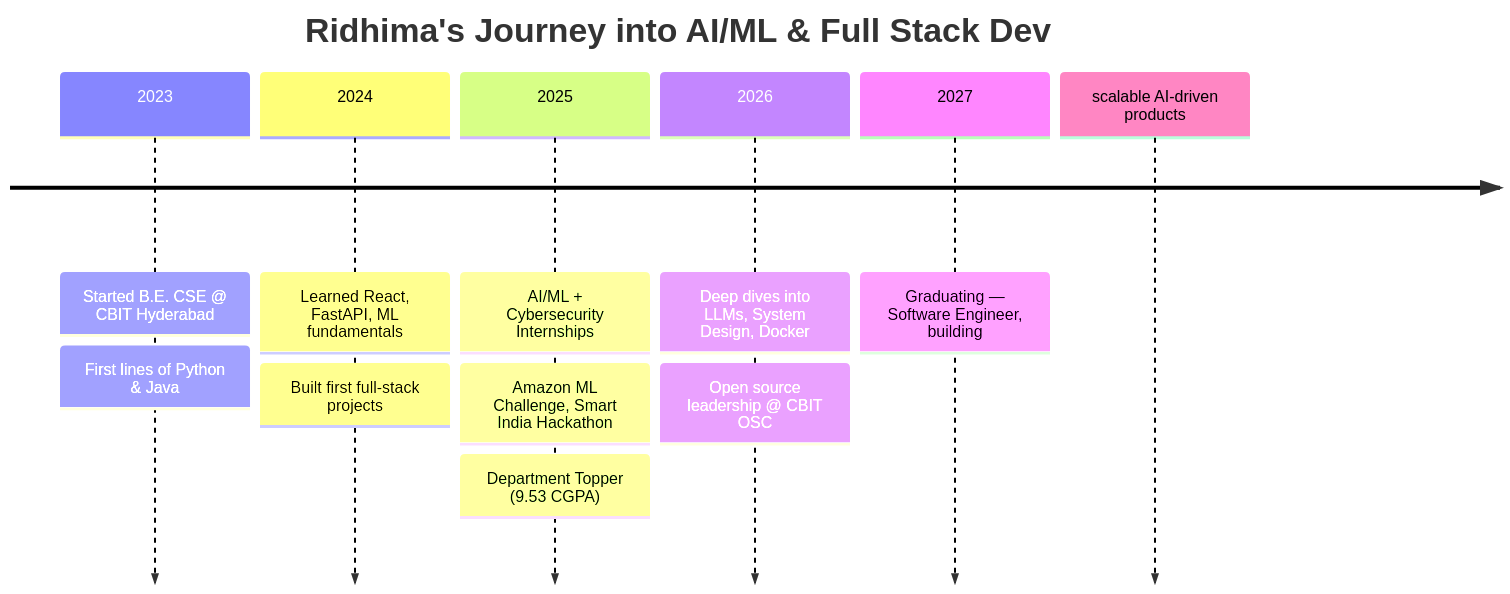
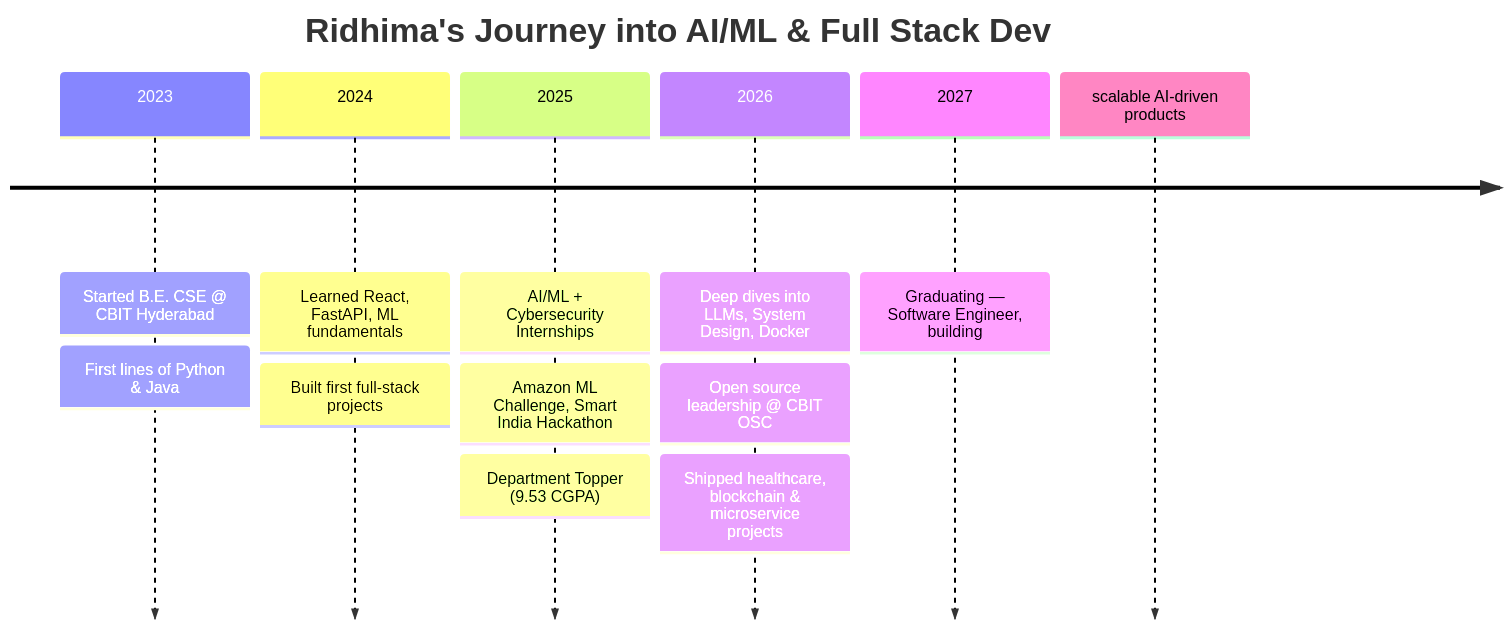
Before and after one commit to ridhima183/ridhima183: the diagram in README.MD, drawn with Mermaid. The commit also changed other lines of this file, not shown here.

First line of the commit message:
Revise README with updated specialization and projects

````diff
--- a/README.MD
+++ b/README.MD
@@ -37,15 +37,16 @@
 ```mermaid
 timeline
     title Ridhima's Journey into AI/ML & Full Stack Dev
     2023 : Started B.E. CSE @ CBIT Hyderabad
          : First lines of Python & Java
     2024 : Learned React, FastAPI, ML fundamentals
          : Built first full-stack projects
     2025 : AI/ML + Cybersecurity Internships
          : Amazon ML Challenge, Smart India Hackathon
          : Department Topper (9.53 CGPA)
     2026 : Deep dives into LLMs, System Design, Docker
          : Open source leadership @ CBIT OSC
+         : Shipped healthcare, blockchain & microservice projects
     2027 : Graduating — Software Engineer, building
            scalable AI-driven products
 ```
````
